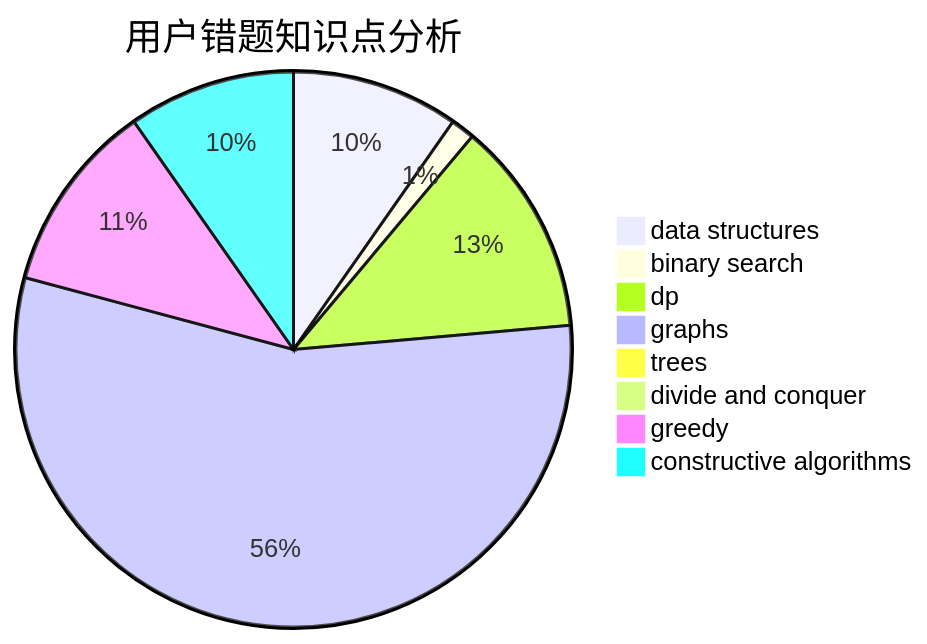
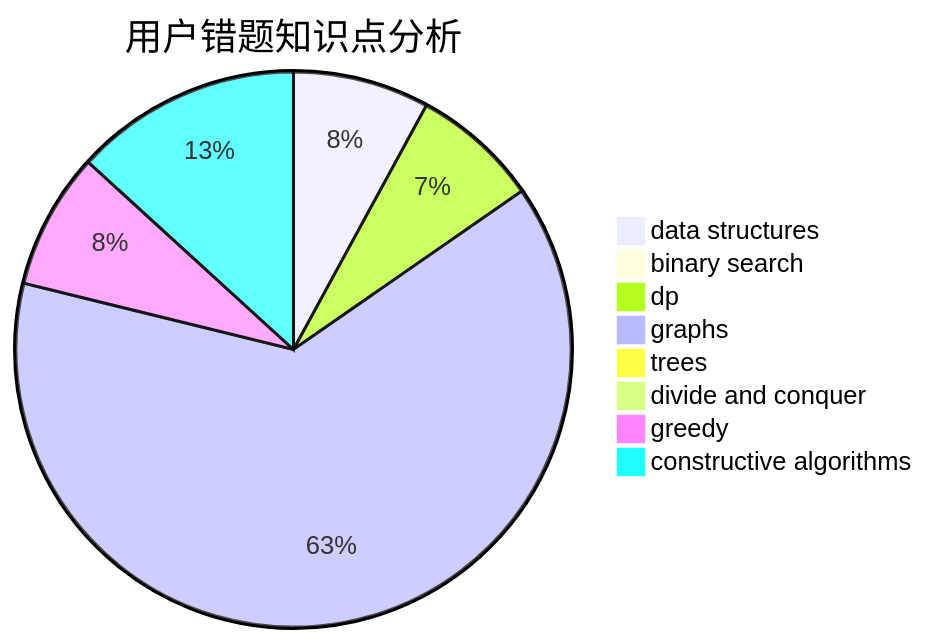
One commit to sherpahu/cfrs.github.io changed the third of 3 diagrams in docs/user/u1983.md. Above: the diagram before and after it, drawn with Mermaid. The commit also changed other lines of this file and 2770 other files, not shown here.

````diff
--- a/docs/user/u1983.md
+++ b/docs/user/u1983.md
@@ -36,11 +36,11 @@
 ```mermaid
 pie title 用户错题知识点分析
-    "data structures" :  7
+    "data structures" :  15
     "binary search" :  1
-    "dp" :  9
-    "graphs" :  40
-    "trees" :  0
+    "dp" :  14
+    "graphs" :  120
+    "trees" :  1
     "divide and conquer" :  0
-    "greedy" :  8
-    "constructive algorithms" :  7
+    "greedy" :  15
+    "constructive algorithms" :  25
 ```
````
